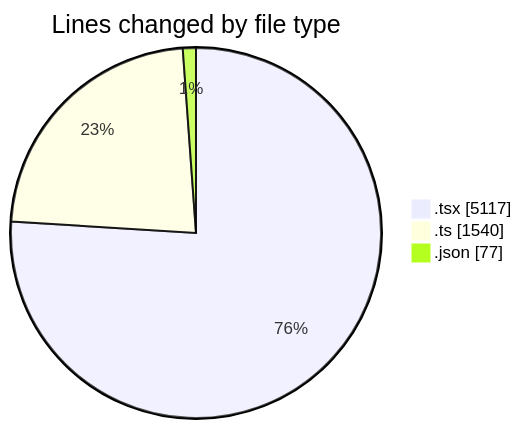
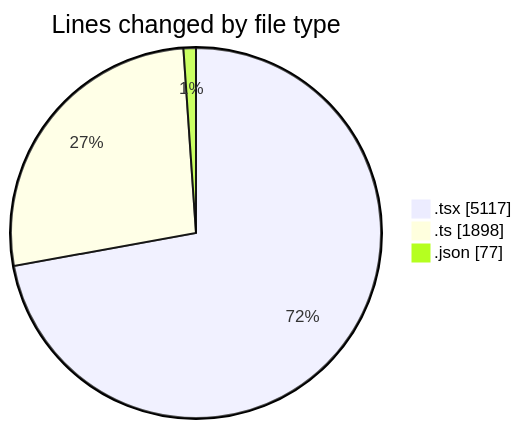
Before and after one commit to nxtqubesakshisongat/code-tracking: the first of 2 diagrams in 2026-03-22/nxtqube_webapp/README.md, drawn with Mermaid. The commit also changed other lines of this file and 1 other file, not shown here.

````diff
--- a/2026-03-22/nxtqube_webapp/README.md
+++ b/2026-03-22/nxtqube_webapp/README.md
@@ -39,7 +42,7 @@
 ```mermaid
 pie showData
 title Lines changed by file type
 ".tsx" : 5117
-".ts" : 1540
+".ts" : 1898
 ".json" : 77
 ```
````
